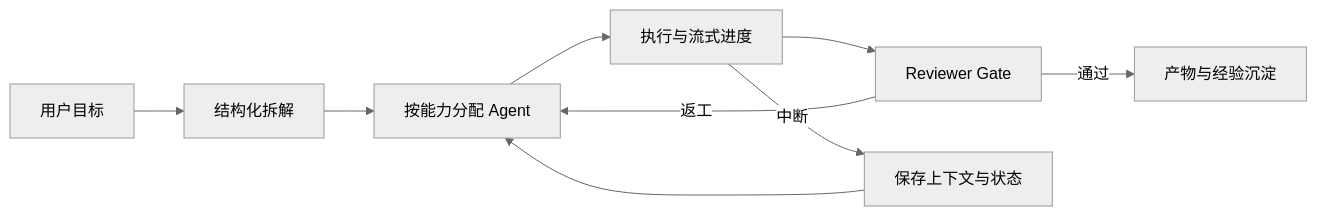
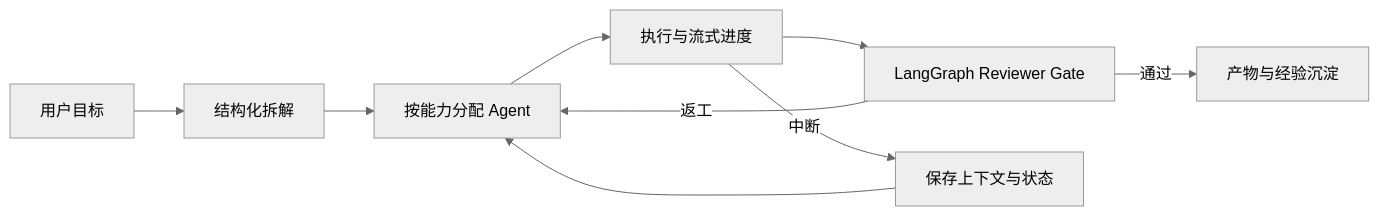
Before and after one commit to jhryo25/myteamOUO: the diagram in README.md, drawn with Mermaid (neutral theme). The commit also changed other lines of this file and 13 other files, not shown here.

````diff
--- a/README.md
+++ b/README.md
@@ -25,11 +25,11 @@
 ```mermaid
 flowchart LR
     A[用户目标] --> B[结构化拆解]
     B --> C[按能力分配 Agent]
     C --> D[执行与流式进度]
-    D --> E[Reviewer Gate]
+    D --> E[LangGraph Reviewer Gate]
     E -->|通过| F[产物与经验沉淀]
     E -->|返工| C
     D -->|中断| G[保存上下文与状态]
     G --> C
 ```
````
